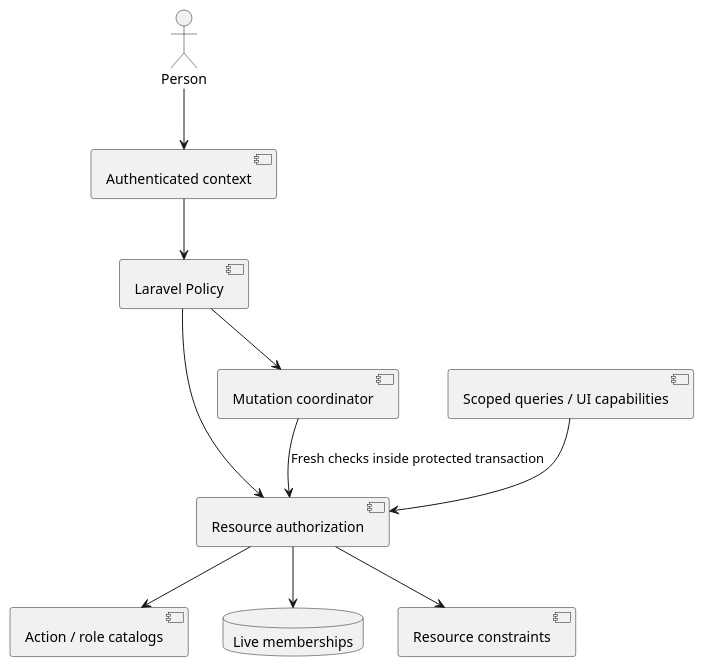
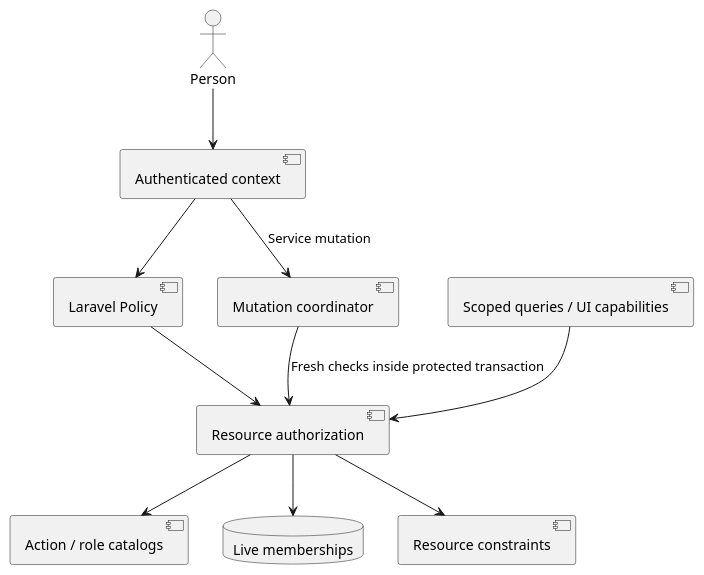
Before and after one commit to batjaa/kedge: the first of 2 diagrams in docs/specs/m4.0-workspace-membership.md, drawn with PlantUML. The commit also changed other lines of this file and 7 other files, not shown here.

````diff
--- a/docs/specs/m4.0-workspace-membership.md
+++ b/docs/specs/m4.0-workspace-membership.md
@@ -162,22 +162,22 @@
 ```plantuml
 @startuml
 actor Person
 component "Authenticated context" as Context
 component "Laravel Policy" as Policy
 component "Resource authorization" as Authz
 component "Action / role catalogs" as Catalog
 database "Live memberships" as Memberships
 component "Resource constraints" as Rules
 component "Scoped queries / UI capabilities" as Reads
 component "Mutation coordinator" as Writes
 Person --> Context
 Context --> Policy
 Policy --> Authz
 Authz --> Catalog
 Authz --> Memberships
 Authz --> Rules
 Reads --> Authz
-Policy --> Writes
+Context --> Writes : Service mutation
 Writes --> Authz : Fresh checks inside protected transaction
 @enduml
 ```
````
